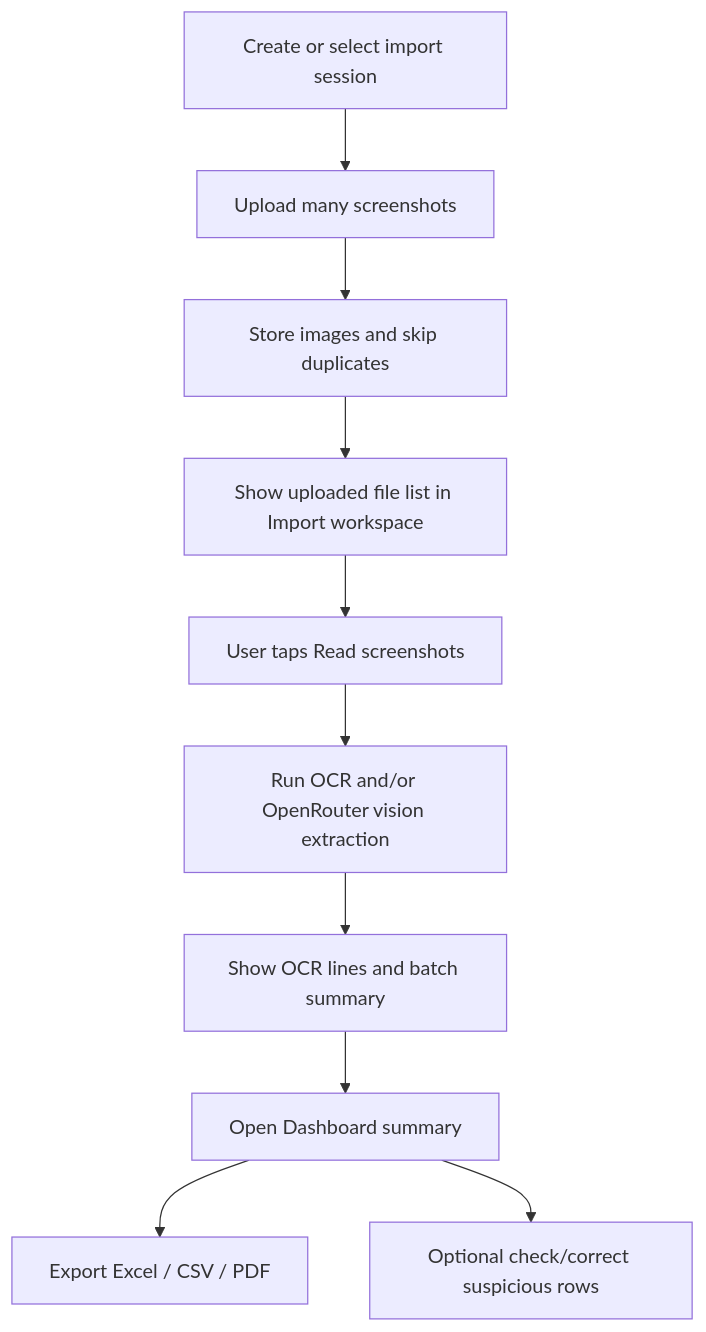
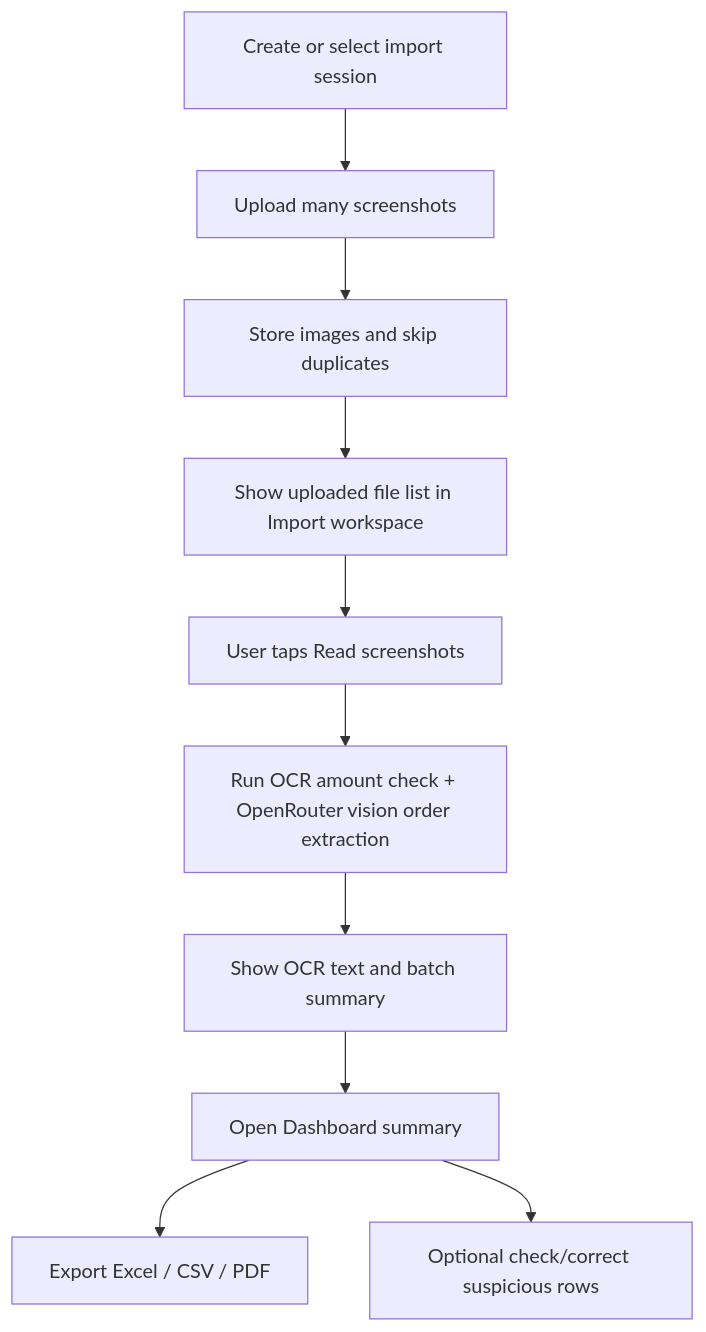
Before and after one commit to bew45/orderLed: the diagram in PROJECT_INDEX.md, drawn with Mermaid. The commit also changed other lines of this file and 11 other files, not shown here.

Commit message:
Remove deprecated heuristic and review flows

````diff
--- a/PROJECT_INDEX.md
+++ b/PROJECT_INDEX.md
@@ -13,12 +13,12 @@
 ```mermaid
 flowchart TD
   A["Create or select import session"] --> B["Upload many screenshots"]
   B --> C["Store images and skip duplicates"]
   C --> D["Show uploaded file list in Import workspace"]
   D --> E["User taps Read screenshots"]
-  E --> F["Run OCR and/or OpenRouter vision extraction"]
-  F --> G["Show OCR lines and batch summary"]
+  E --> F["Run OCR amount check + OpenRouter vision order extraction"]
+  F --> G["Show OCR text and batch summary"]
   G --> H["Open Dashboard summary"]
   H --> I["Export Excel / CSV / PDF"]
   H --> J["Optional check/correct suspicious rows"]
 ```
````
